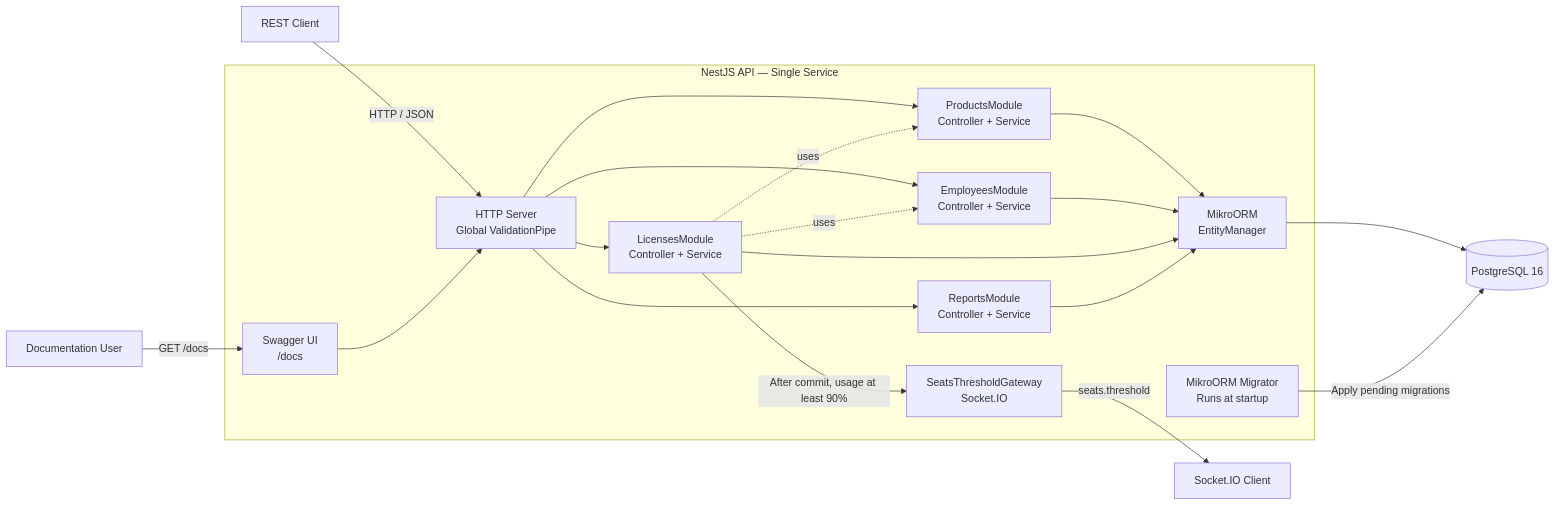
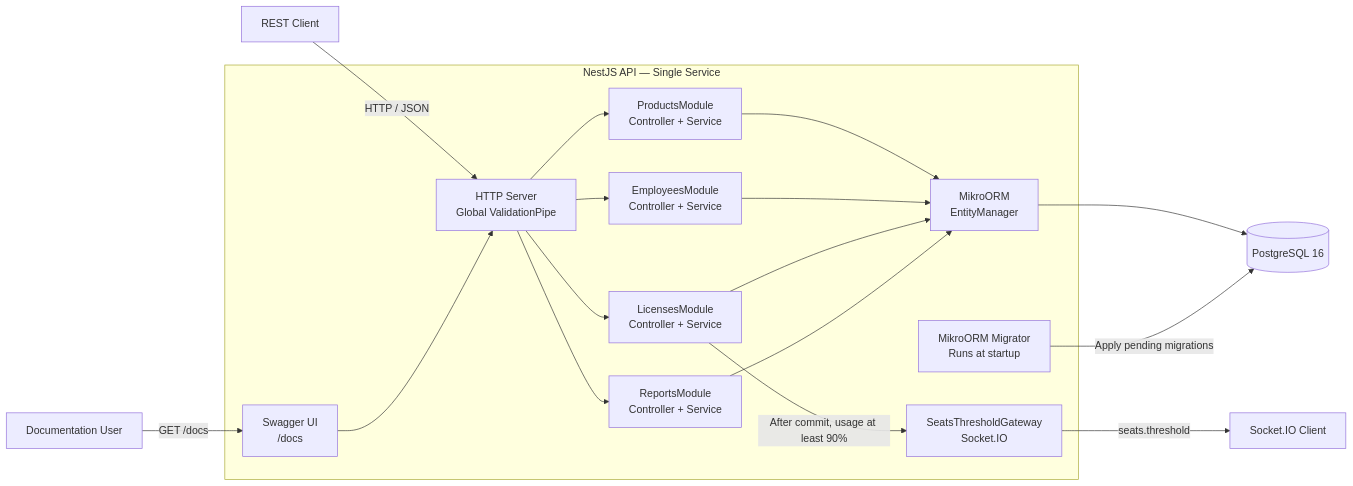
Before and after one commit to BrenoAlcaraz/licenseHub: the first of 3 diagrams in README.md, drawn with Mermaid. The commit also changed other lines of this file, not shown here.

````diff
--- a/README.md
+++ b/README.md
@@ -23,38 +23,36 @@
 ```mermaid
 flowchart LR
     RestClient[REST Client]
     DocsClient[Documentation User]
     RealtimeClient[Socket.IO Client]
 
     subgraph API["NestJS API — Single Service"]
         HTTP["HTTP Server<br/>Global ValidationPipe"]
         Swagger["Swagger UI<br/>/docs"]
         Products["ProductsModule<br/>Controller + Service"]
         Employees["EmployeesModule<br/>Controller + Service"]
         Licenses["LicensesModule<br/>Controller + Service"]
         Reports["ReportsModule<br/>Controller + Service"]
         Gateway["SeatsThresholdGateway<br/>Socket.IO"]
         ORM["MikroORM<br/>EntityManager"]
         Migrator["MikroORM Migrator<br/>Runs at startup"]
     end
 
     DB[(PostgreSQL 16)]
 
     RestClient -->|HTTP / JSON| HTTP
     DocsClient -->|GET /docs| Swagger
     Swagger --> HTTP
     HTTP --> Products
     HTTP --> Employees
     HTTP --> Licenses
     HTTP --> Reports
-    Licenses -. uses .-> Products
-    Licenses -. uses .-> Employees
     Products --> ORM
     Employees --> ORM
     Licenses --> ORM
     Reports --> ORM
     ORM --> DB
     Migrator -->|Apply pending migrations| DB
     Licenses -->|After commit, usage at least 90%| Gateway
     Gateway -->|seats.threshold| RealtimeClient
 ```
````
